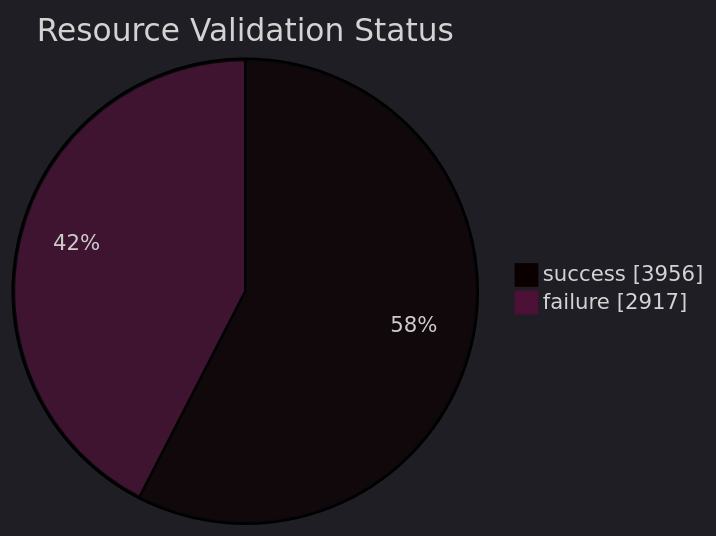
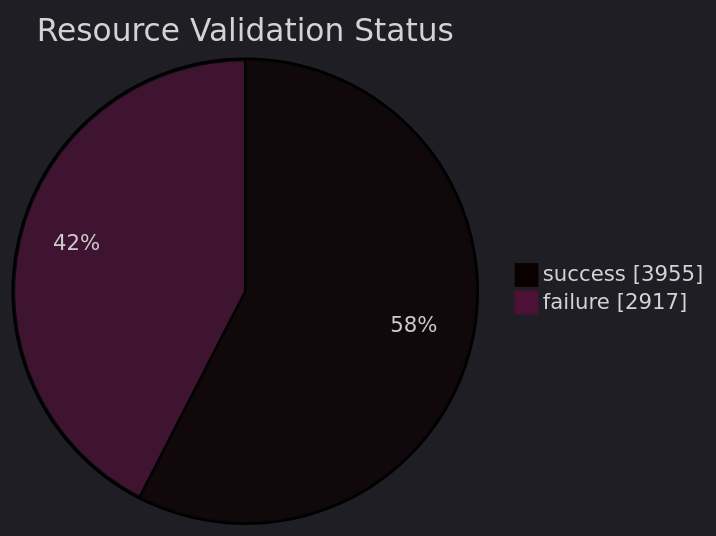
The diagram in datastore_tracker/resource_validation_status_pie_chart.md (open-data/analytics-corporate-reporting), drawn with Mermaid before and after one commit. The commit also changed 9 other files, not shown here.

````diff
--- a/datastore_tracker/resource_validation_status_pie_chart.md
+++ b/datastore_tracker/resource_validation_status_pie_chart.md
@@ -2,9 +2,9 @@
 ```mermaid
 ---
 config:
   theme: dark
 ---
 pie showData title Resource Validation Status
-    "success": 3956
+    "success": 3955
     "failure": 2917
 ```
````
